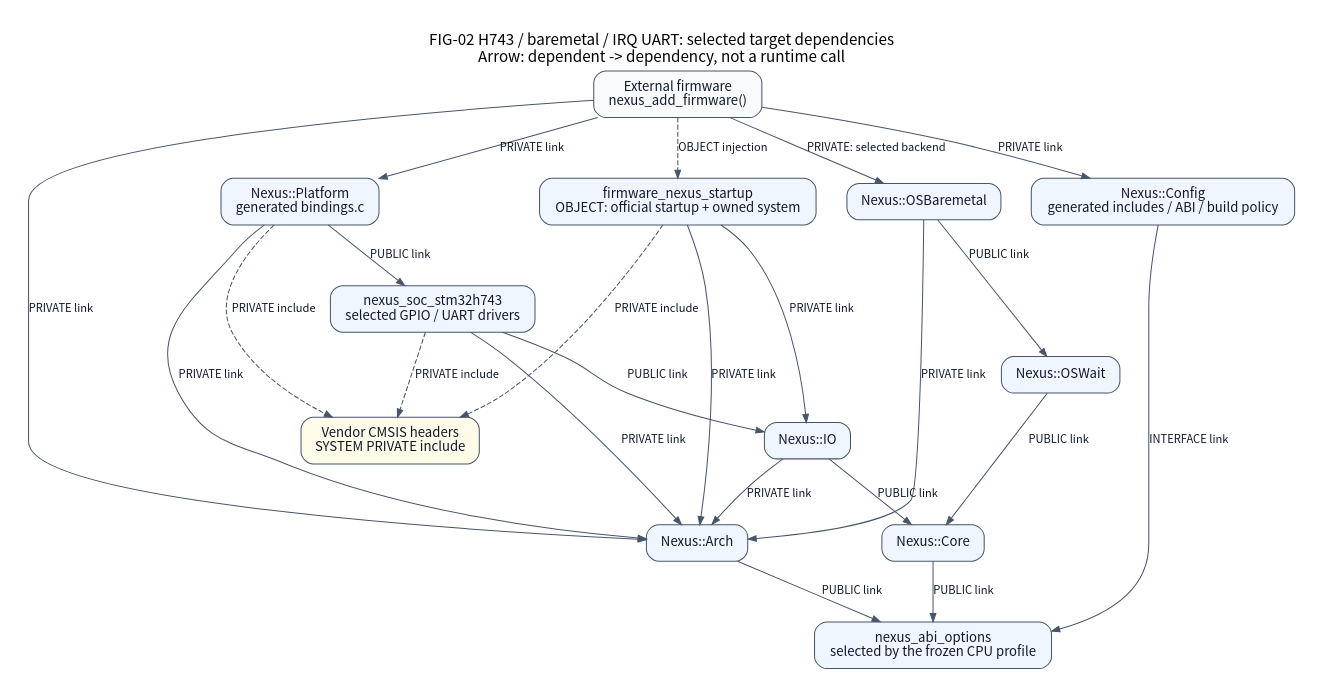
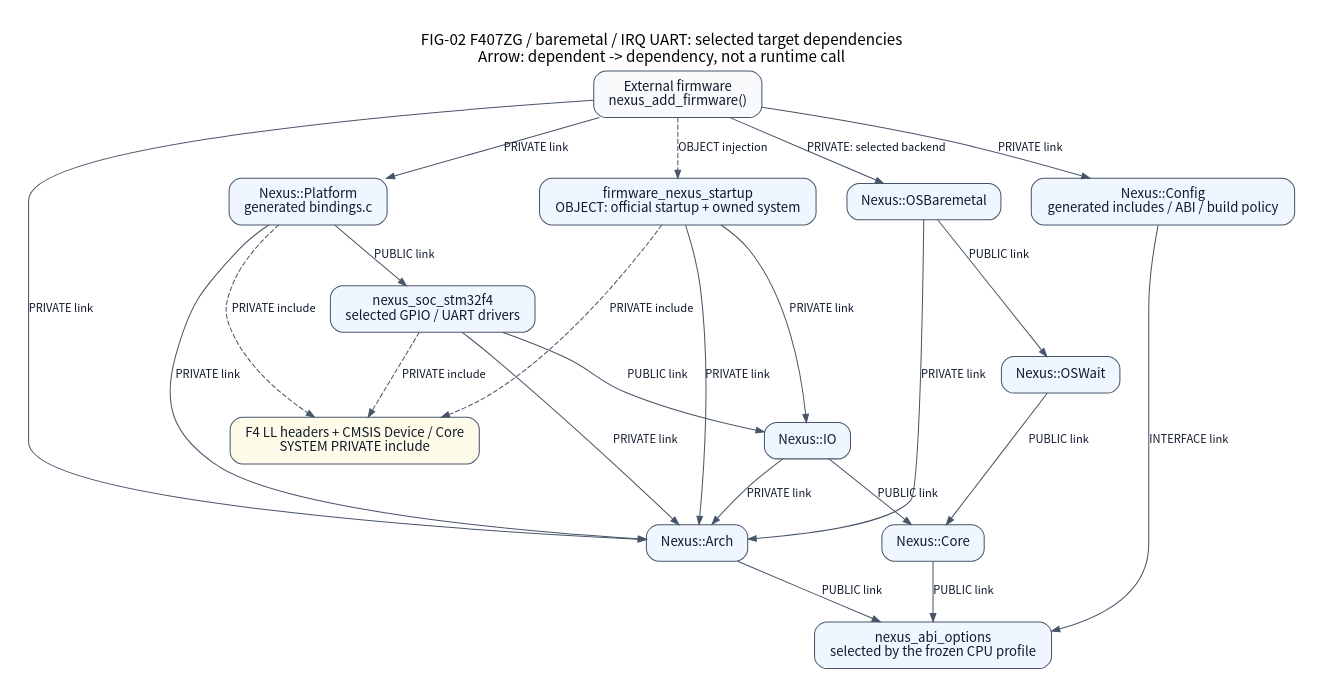
The diagram in docs/assets/diagrams/localized/en/build-targets.dot (X-Gen-Lab/nexus), drawn with Graphviz before and after one commit. The commit also changed 2170 other files, not shown here.

```diff
--- a/docs/assets/diagrams/localized/en/build-targets.dot
+++ b/docs/assets/diagrams/localized/en/build-targets.dot
@@ -1,51 +1,51 @@
 // FIG-02 reference: source-backed, scoped engineering view.
 // Code basis: 0111c8d3b9c7b37d258b9c401070305b13b6f3a1.
 // Relations and qualification limits are documented in README.md.
 digraph BuildTargets {
     graph [newrank=true, rankdir=TB, bgcolor="white", pad=0.28, nodesep=0.42,
            ranksep=0.66, fontname="Noto Sans CJK SC", fontsize=15,
            labelloc=t];
     node [shape=box, style="rounded,filled", fillcolor="#eff6ff",
           color="#475569", fontcolor="#0f172a", fontname="Noto Sans CJK SC",
           fontsize=13, margin="0.18,0.12"];
     edge [color="#475569", fontcolor="#0f172a",
           fontname="Noto Sans CJK SC", fontsize=11, arrowsize=0.8];
 
-    graph [label="FIG-02 H743 / baremetal / IRQ UART: selected target dependencies\nArrow: dependent -> dependency, not a runtime call"];
+    graph [label="FIG-02 F407ZG / baremetal / IRQ UART: selected target dependencies\nArrow: dependent -> dependency, not a runtime call"];
     firmware [label="External firmware\nnexus_add_firmware()", fillcolor="#f8fafc"];
     startup [label="firmware_nexus_startup\nOBJECT: official startup + owned system"];
     platform [label="Nexus::Platform\ngenerated bindings.c"];
-    soc [label="nexus_soc_stm32h743\nselected GPIO / UART drivers"];
+    soc [label="nexus_soc_stm32f4\nselected GPIO / UART drivers"];
     io [label="Nexus::IO"];
     arch [label="Nexus::Arch"];
     core [label="Nexus::Core"];
     bare [label="Nexus::OSBaremetal"];
     wait [label="Nexus::OSWait"];
     abi [label="nexus_abi_options\nselected by the frozen CPU profile"];
     config [label="Nexus::Config\ngenerated includes / ABI / build policy"];
-    sdk [label="Vendor CMSIS headers\nSYSTEM PRIVATE include", fillcolor="#fefce8"];
+    sdk [label="F4 LL headers + CMSIS Device / Core\nSYSTEM PRIVATE include", fillcolor="#fefce8"];
     firmware -> platform [label="PRIVATE link"];
     firmware -> arch [label="PRIVATE link"];
     firmware -> bare [label="PRIVATE: selected backend"];
     firmware -> config [label="PRIVATE link"];
     firmware -> startup [label="OBJECT injection", style=dashed];
     platform -> soc [label="PUBLIC link"];
     platform -> arch [label="PRIVATE link"];
     platform -> sdk [label="PRIVATE include", style=dashed];
     soc -> io [label="PUBLIC link"];
     soc -> arch [label="PRIVATE link"];
     soc -> sdk [label="PRIVATE include", style=dashed];
     startup -> sdk [label="PRIVATE include", style=dashed];
     startup -> io [label="PRIVATE link"];
     startup -> arch [label="PRIVATE link"];
     io -> core [label="PUBLIC link"];
     io -> arch [label="PRIVATE link"];
     bare -> wait [label="PUBLIC link"];
     bare -> arch [label="PRIVATE link"];
     wait -> core [label="PUBLIC link"];
     core -> abi [label="PUBLIC link"];
     arch -> abi [label="PUBLIC link"];
     config -> abi [label="INTERFACE link"];
     { rank=same; platform; bare; startup; config; }
     { rank=same; core; arch; }
 }
```
